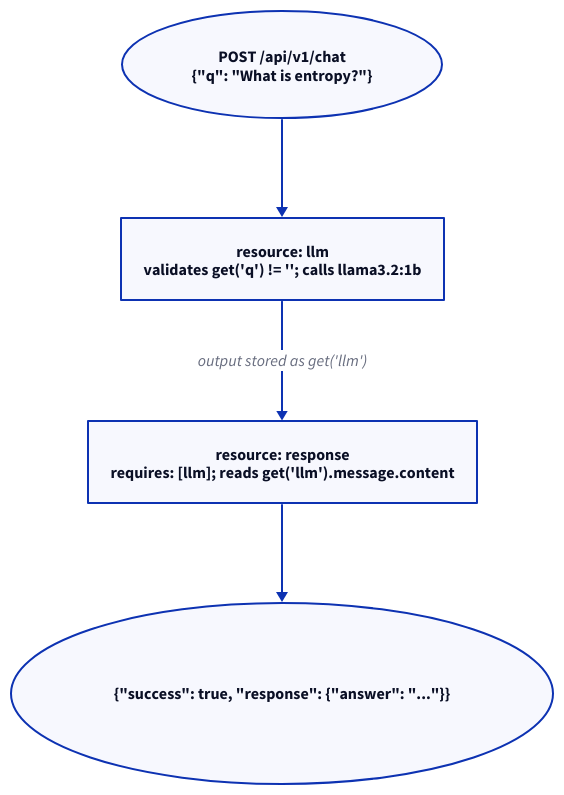
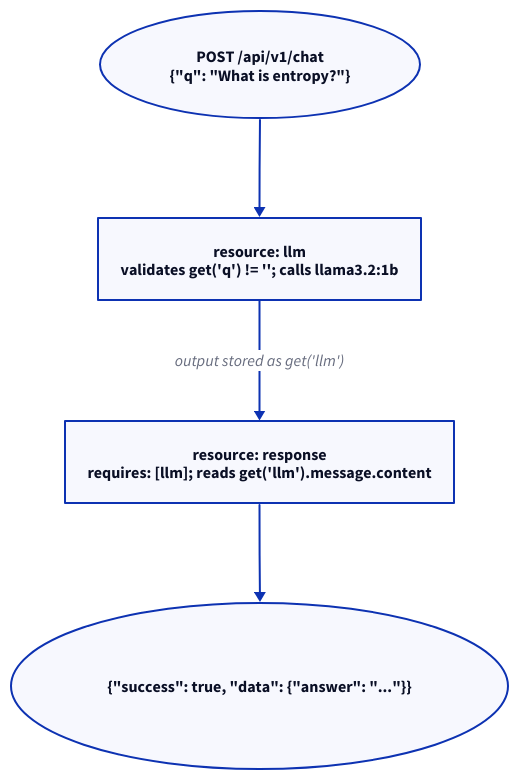
Before and after one commit to kdeps/kdeps: the diagram in docs/v2/workflow/quickstart.md, drawn with D2. The commit also changed 70 other files, not shown here.

````diff
--- a/docs/v2/workflow/quickstart.md
+++ b/docs/v2/workflow/quickstart.md
@@ -149,12 +149,12 @@
 ```d2
 direction: down
 
 A: "POST /api/v1/chat\n{\"q\": \"What is entropy?\"}" {shape: oval}
 B: "resource: llm\nvalidates get('q') != ''; calls llama3.2:1b"
 C: "resource: response\nrequires: [llm]; reads get('llm').message.content"
-D: "{\"success\": true, \"response\": {\"answer\": \"...\"}}" {shape: oval}
+D: "{\"success\": true, \"data\": {\"answer\": \"...\"}}" {shape: oval}
 
 A -> B
 B -> C: "output stored as get('llm')"
 C -> D
 ```
````
